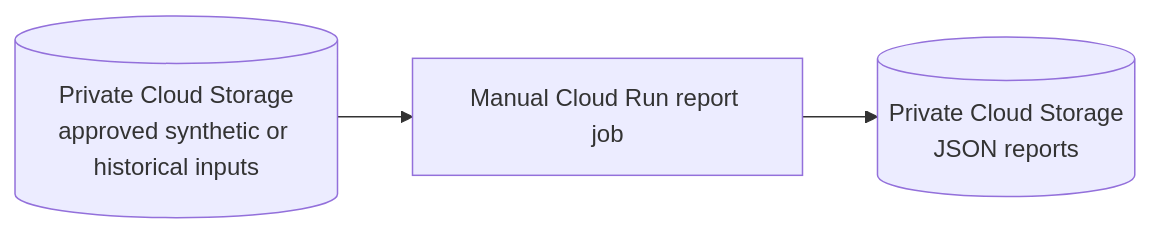
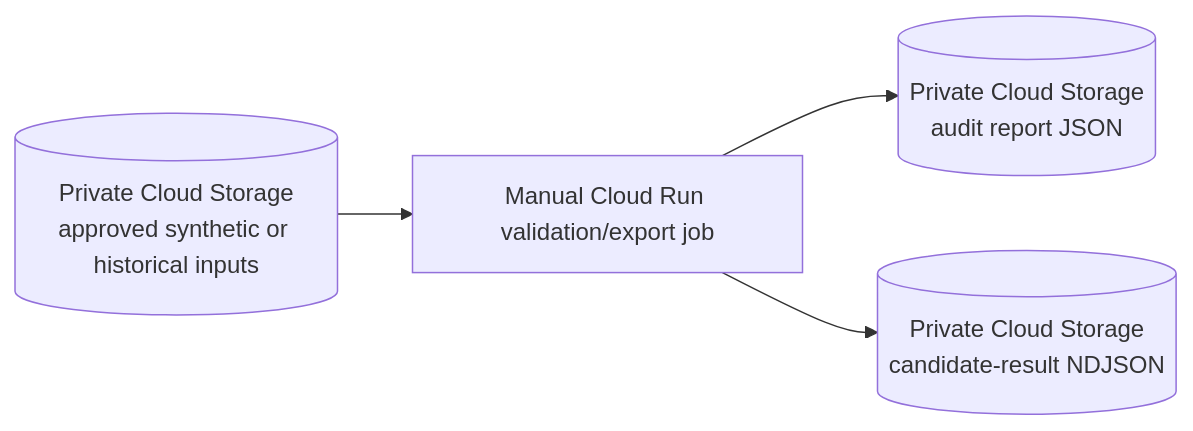
Before and after one commit to mifuha/runwx: the second of 2 diagrams in docs/architecture.md, drawn with Mermaid. The commit also changed other lines of this file and 3 other files, not shown here.

Commit message:
Document verified Cloud Run artifact export

````diff
--- a/docs/architecture.md
+++ b/docs/architecture.md
@@ -113,5 +112,6 @@
 ```mermaid
 flowchart LR
-    inputs[("Private Cloud Storage<br/>approved synthetic or historical inputs")] --> job["Manual Cloud Run report job"]
-    job --> reports[("Private Cloud Storage<br/>JSON reports")]
+    inputs[("Private Cloud Storage<br/>approved synthetic or historical inputs")] --> job["Manual Cloud Run validation/export job"]
+    job --> reports[("Private Cloud Storage<br/>audit report JSON")]
+    job --> exports[("Private Cloud Storage<br/>candidate-result NDJSON")]
 ```
````
